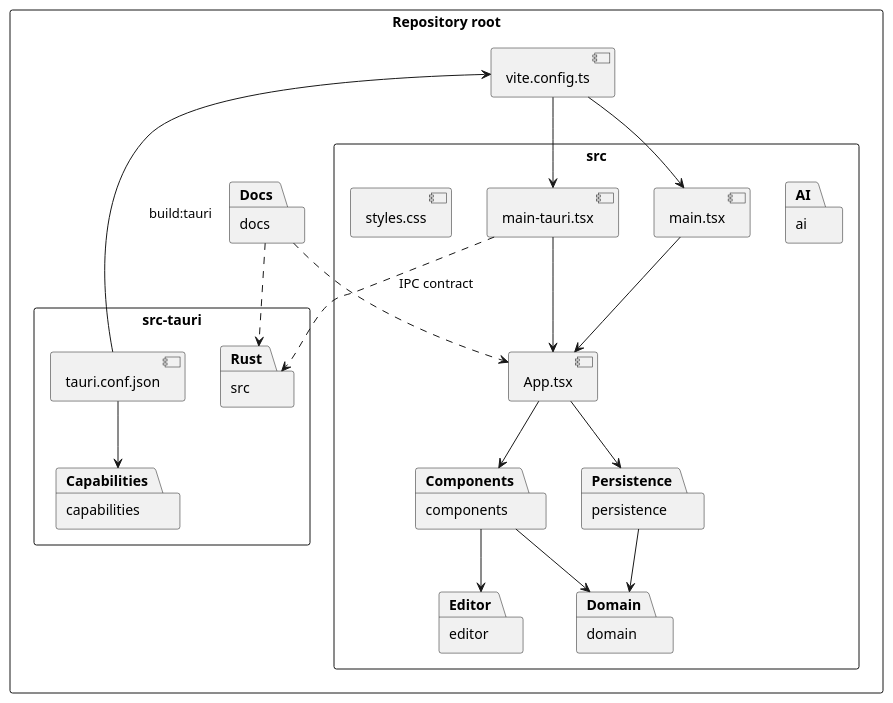
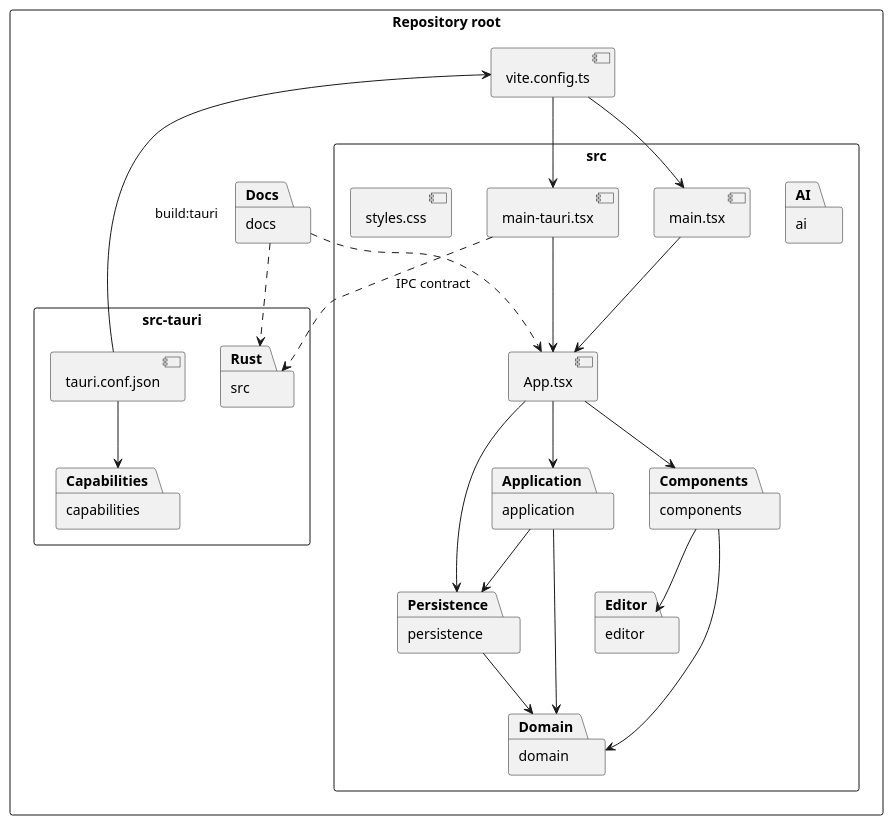
The third of 4 diagrams in docs/ARCHITECTURE.md (benoit-gl/coedit), drawn with PlantUML before and after one commit. The commit also changed other lines of this file and 44 other files, not shown here.

Commit message:
Architectural update (cleanup)

````diff
--- a/docs/ARCHITECTURE.md
+++ b/docs/ARCHITECTURE.md
@@ -202,41 +238,45 @@
 ```plantuml
 @startuml
 skinparam packageStyle rectangle
 
 package "Repository root" {
   package "src" {
+    package "application" as Application
     package "components" as Components
     package "editor" as Editor
     package "domain" as Domain
     package "persistence" as Persistence
     package "ai" as AI
     [App.tsx] as AppFile
     [main.tsx] as Main
     [main-tauri.tsx] as MainTauri
     [styles.css] as CSS
   }
   package "src-tauri" {
     package "src" as Rust
     package "capabilities" as Capabilities
     [tauri.conf.json] as TauriConfig
   }
   package "docs" as Docs
   [vite.config.ts] as Vite
 }
 
 Main --> AppFile
 MainTauri --> AppFile
 AppFile --> Components
+AppFile --> Application
+Application --> Persistence
+Application --> Domain
 Components --> Editor
 Components --> Domain
 AppFile --> Persistence
 Persistence --> Domain
 MainTauri ..> Rust : IPC contract
 Vite --> Main
 Vite --> MainTauri
 TauriConfig --> Vite : build:tauri
 TauriConfig --> Capabilities
 Docs ..> AppFile
 Docs ..> Rust
 @enduml
 ```
````
